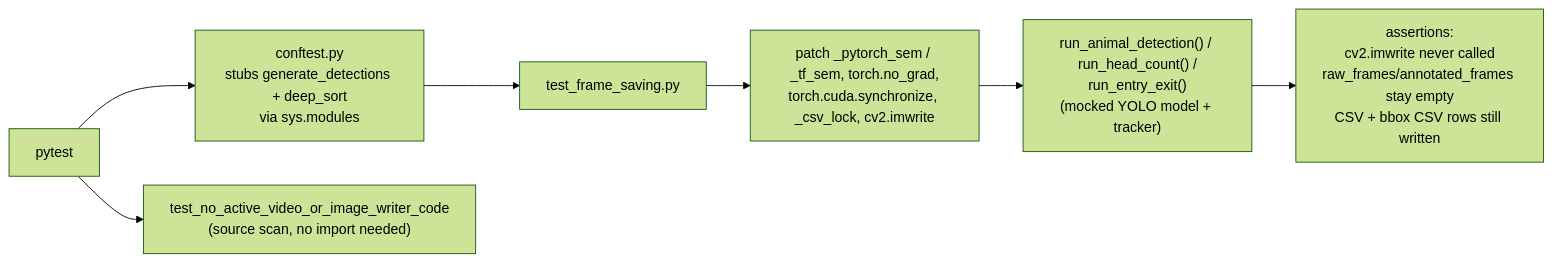
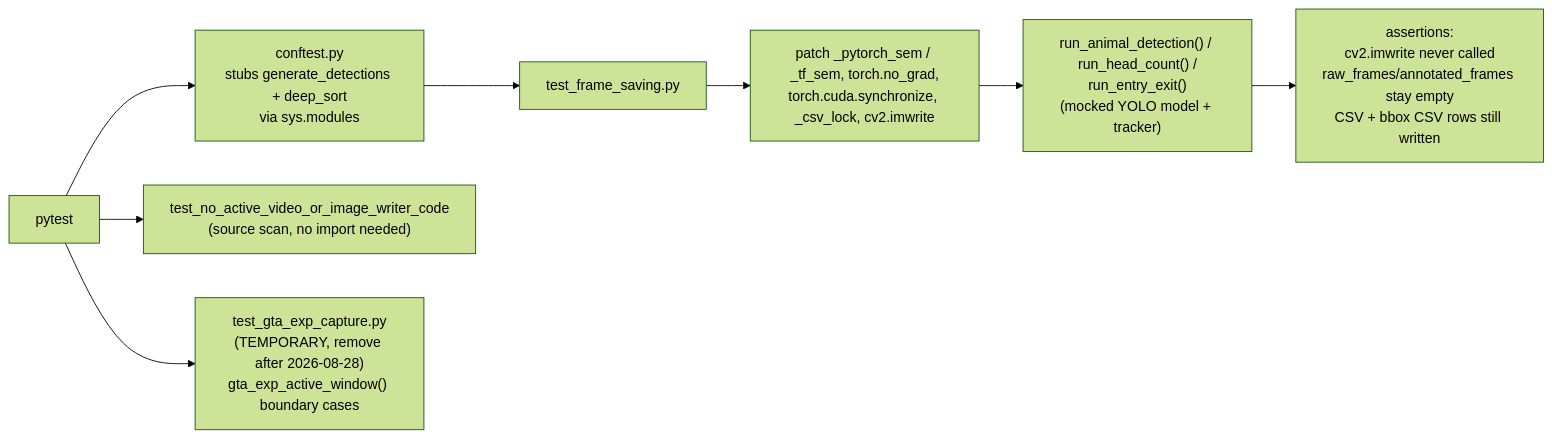
One commit to singhtejpreet2004/multi_pipeline_consumer changed the diagram in tests/README.md. Above: the diagram before and after it, drawn with Mermaid (forest theme). The commit also changed other lines of this file and 4 other files, not shown here.

First line of the commit message:
feat(consumer): add temporary GTA-Exp raw footage capture for gate cameras

````diff
--- a/tests/README.md
+++ b/tests/README.md
@@ -20,9 +21,10 @@
 ```mermaid
 flowchart LR
     PYTEST["pytest"] --> STUBS["conftest.py\nstubs generate_detections + deep_sort\nvia sys.modules"]
     STUBS --> TESTFILE["test_frame_saving.py"]
     TESTFILE --> MOCK["patch _pytorch_sem / _tf_sem, torch.no_grad,\ntorch.cuda.synchronize, _csv_lock, cv2.imwrite"]
     MOCK --> RUN["run_animal_detection() / run_head_count() /\nrun_entry_exit()\n(mocked YOLO model + tracker)"]
     RUN --> ASSERT["assertions:\ncv2.imwrite never called\nraw_frames/annotated_frames stay empty\nCSV + bbox CSV rows still written"]
     PYTEST --> STATIC["test_no_active_video_or_image_writer_code\n(source scan, no import needed)"]
+    PYTEST --> GTAEXP["test_gta_exp_capture.py\n(TEMPORARY, remove after 2026-08-28)\ngta_exp_active_window() boundary cases"]
 ```
````
